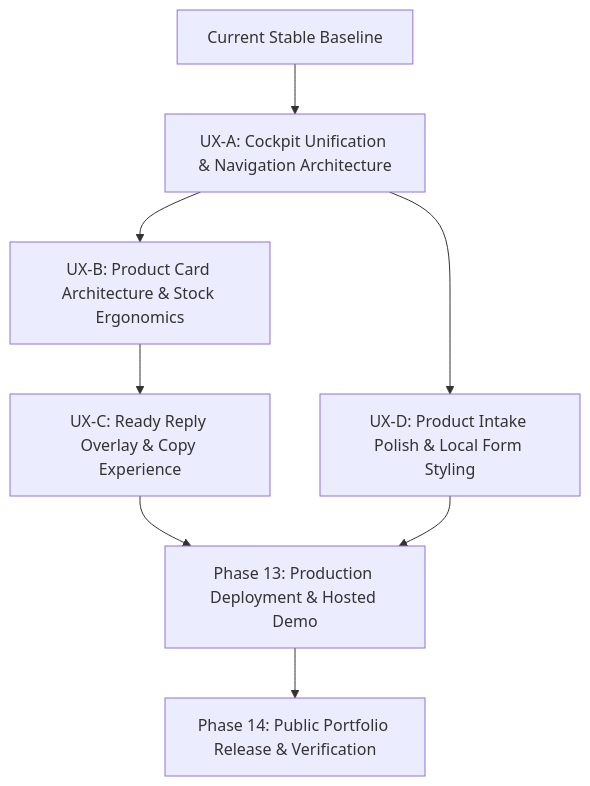
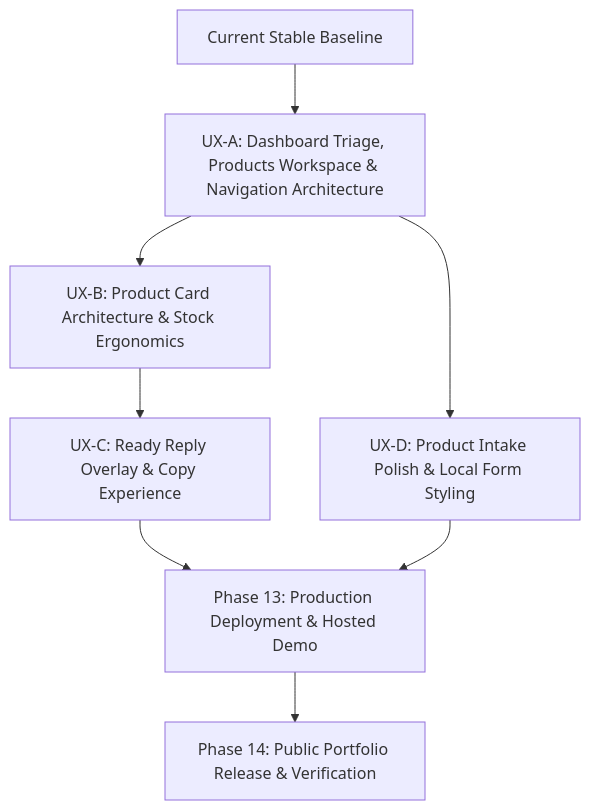
The diagram in docs/REMAINING_RELEASE_PLAN.md (OSINTmedia/facebook_ERP), drawn with Mermaid before and after one commit. The commit also changed other lines of this file and 10 other files, not shown here.

Commit message:
feat(dashboard,catalog): align dashboard triage and products workspace architecture

````diff
--- a/docs/REMAINING_RELEASE_PLAN.md
+++ b/docs/REMAINING_RELEASE_PLAN.md
@@ -101,10 +101,10 @@
 ```mermaid
 graph TD
-    Baseline[Current Stable Baseline] --> UXA[UX-A: Cockpit Unification & Navigation Architecture]
+    Baseline[Current Stable Baseline] --> UXA[UX-A: Dashboard Triage, Products Workspace & Navigation Architecture]
     UXA --> UXB[UX-B: Product Card Architecture & Stock Ergonomics]
     UXB --> UXC[UX-C: Ready Reply Overlay & Copy Experience]
     UXA --> UXD[UX-D: Product Intake Polish & Local Form Styling]
     UXC --> P13[Phase 13: Production Deployment & Hosted Demo]
     UXD --> P13
     P13 --> P14[Phase 14: Public Portfolio Release & Verification]
 ```
````
